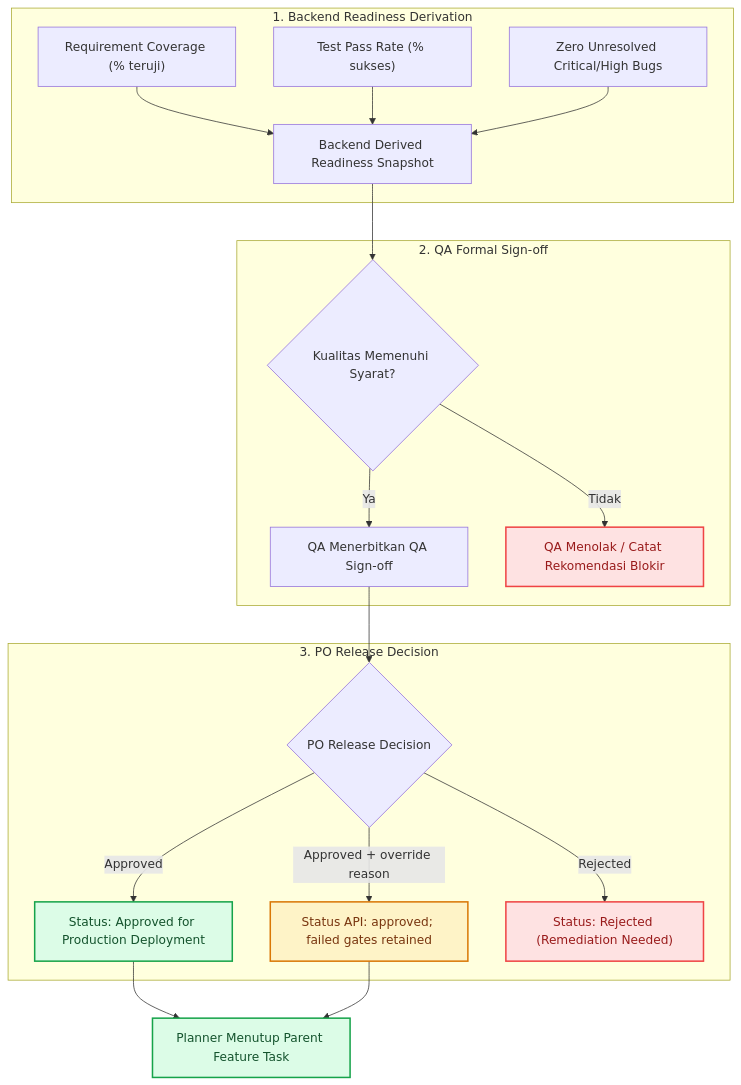
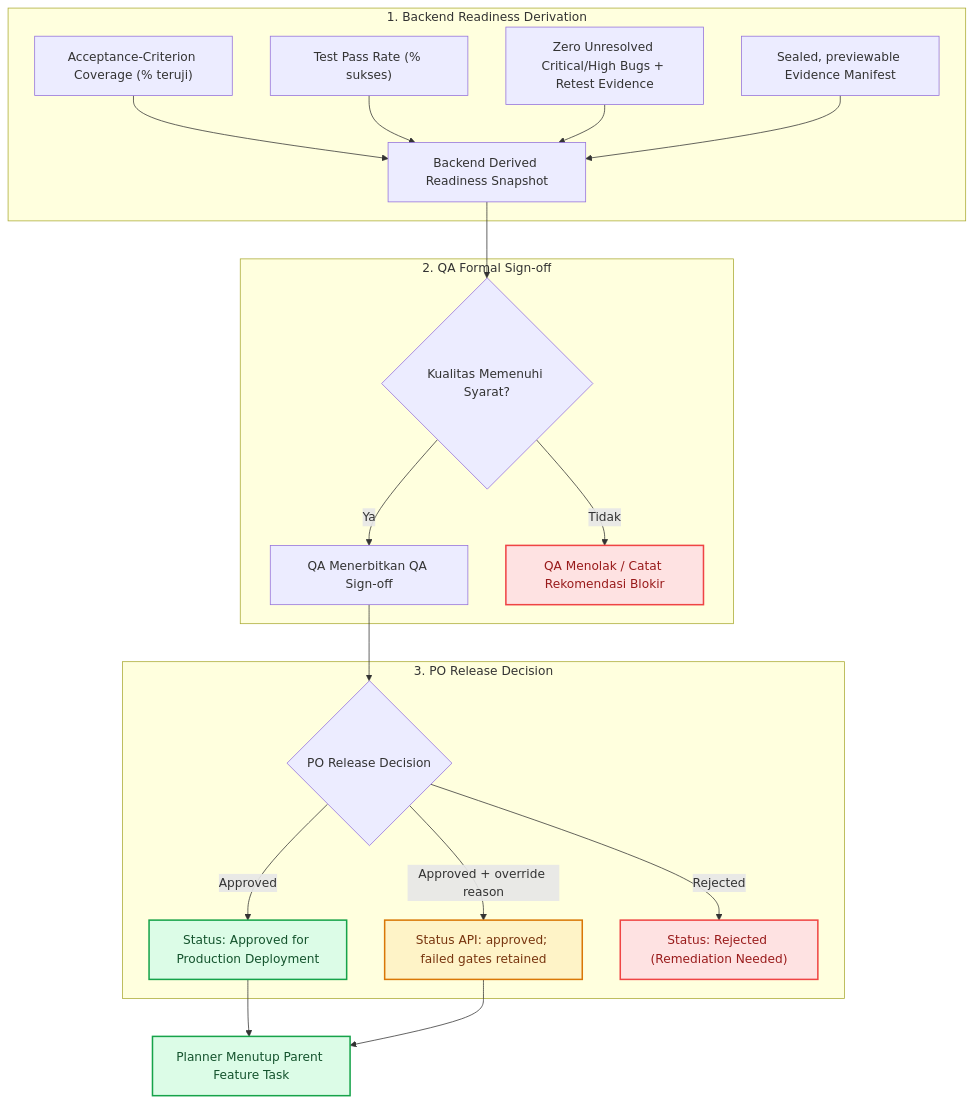
Before and after one commit to oneilreyand/qlickhub: the eighth of 8 diagrams in docs/2_WORKFLOW_AND_ROLES.md, drawn with Mermaid. The commit also changed other lines of this file and 167 other files, not shown here.

````diff
--- a/docs/2_WORKFLOW_AND_ROLES.md
+++ b/docs/2_WORKFLOW_AND_ROLES.md
@@ -301,35 +339,37 @@
 ```mermaid
 graph TD
     subgraph DataDerivation["1. Backend Readiness Derivation"]
-        ReqCoverage["Requirement Coverage (% teruji)"]
+        ReqCoverage["Acceptance-Criterion Coverage (% teruji)"]
         TestPassRate["Test Pass Rate (% sukses)"]
-        OpenBugs["Zero Unresolved Critical/High Bugs"]
+        OpenBugs["Zero Unresolved Critical/High Bugs + Retest Evidence"]
+        Evidence["Sealed, previewable Evidence Manifest"]
         ReqCoverage --> Calc["Backend Derived Readiness Snapshot"]
         TestPassRate --> Calc
         OpenBugs --> Calc
+        Evidence --> Calc
     end
 
     subgraph QASignoffBlock["2. QA Formal Sign-off"]
         Calc --> QAEval{"Kualitas Memenuhi Syarat?"}
         QAEval -- "Ya" --> QASubmit["QA Menerbitkan QA Sign-off"]
         QAEval -- "Tidak" --> QABlock["QA Menolak / Catat Rekomendasi Blokir"]
     end
 
     subgraph PODecisionBlock["3. PO Release Decision"]
         QASubmit --> POAction{"PO Release Decision"}
         POAction -->|"Approved"| RelApproved["Status: Approved for Production Deployment"]
         POAction -->|"Approved + override reason"| RelOverride["Status API: approved; failed gates retained"]
         POAction -->|"Rejected"| RelRejected["Status: Rejected (Remediation Needed)"]
     end
 
     RelApproved --> CloseParentTask["Planner Menutup Parent Feature Task"]
     RelOverride --> CloseParentTask
 
     classDef pass fill:#DCFCE7,stroke:#16A34A,stroke-width:2px,color:#14532D;
     classDef warn fill:#FEF3C7,stroke:#D97706,stroke-width:2px,color:#78350F;
     classDef fail fill:#FEE2E2,stroke:#EF4444,stroke-width:2px,color:#991B1B;
 
     class RelApproved,CloseParentTask pass;
     class RelOverride warn;
     class RelRejected,QABlock fail;
 ```
````
